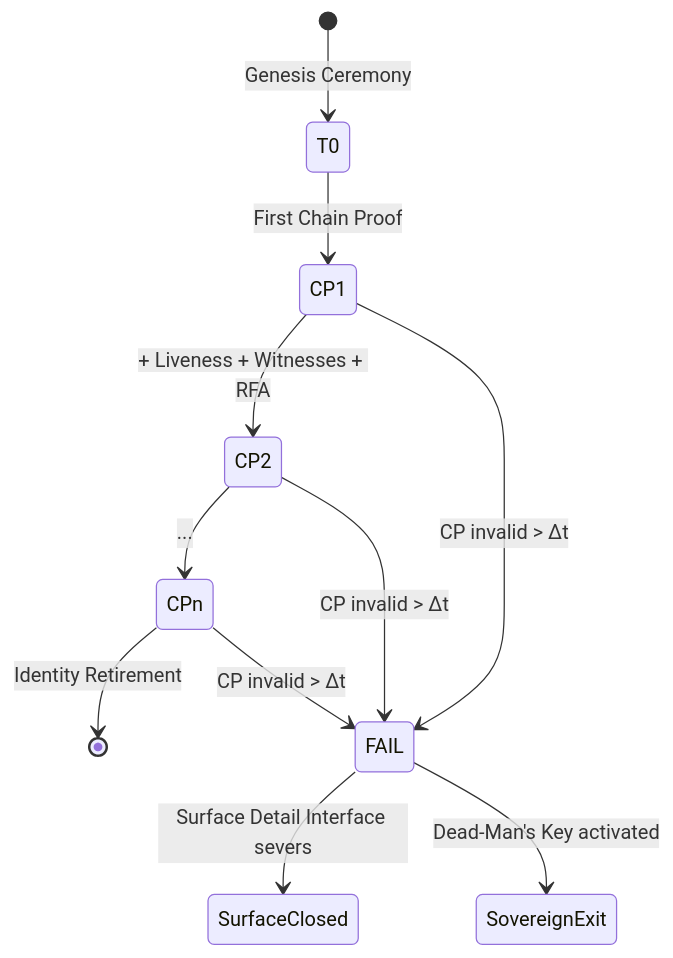
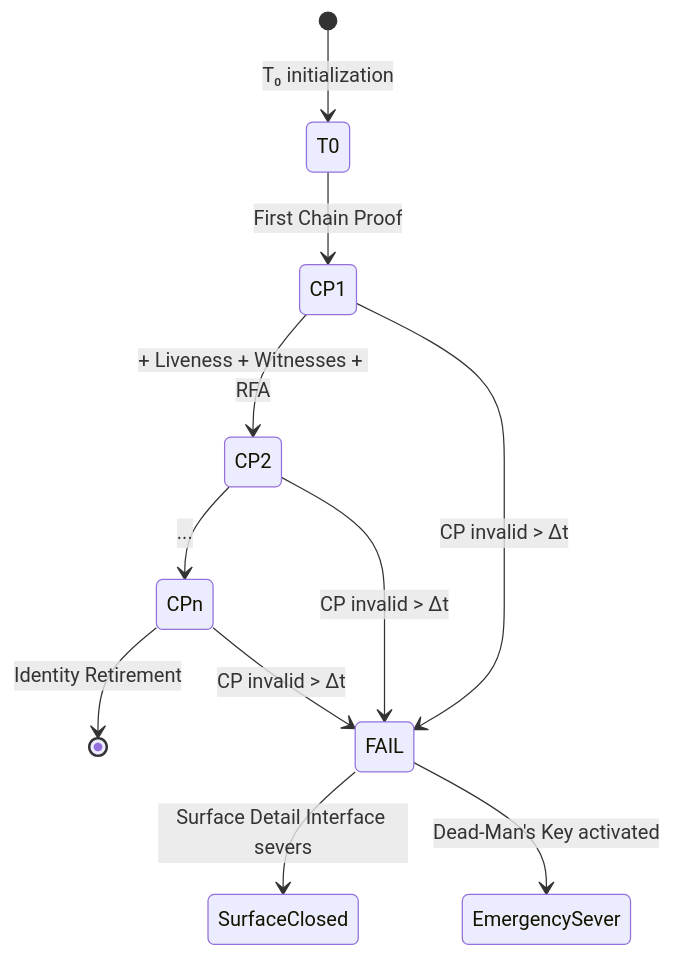
One commit to Z0rlord/the-membrane changed the second of 2 diagrams in docs/the-membrane-complete.md. Above: the diagram before and after it, drawn with Mermaid. The commit also changed other lines of this file and 4 other files, not shown here.

````diff
--- a/docs/the-membrane-complete.md
+++ b/docs/the-membrane-complete.md
@@ -329,14 +325,14 @@
 ```mermaid
 stateDiagram-v2
- [*] --> T0: Genesis Ceremony
+ [*] --> T0: T₀ initialization
  T0 --> CP1: First Chain Proof
  CP1 --> CP2: + Liveness + Witnesses + RFA
  CP2 --> CPn: ...
  CPn --> [*]: Identity Retirement
 
  CP1 --> FAIL: CP invalid > Δt
  CP2 --> FAIL: CP invalid > Δt
  CPn --> FAIL: CP invalid > Δt
  FAIL --> SurfaceClosed: Surface Detail Interface severs
- FAIL --> SovereignExit: Dead-Man's Key activated
+ FAIL --> EmergencySever: Dead-Man's Key activated
 ```
````
